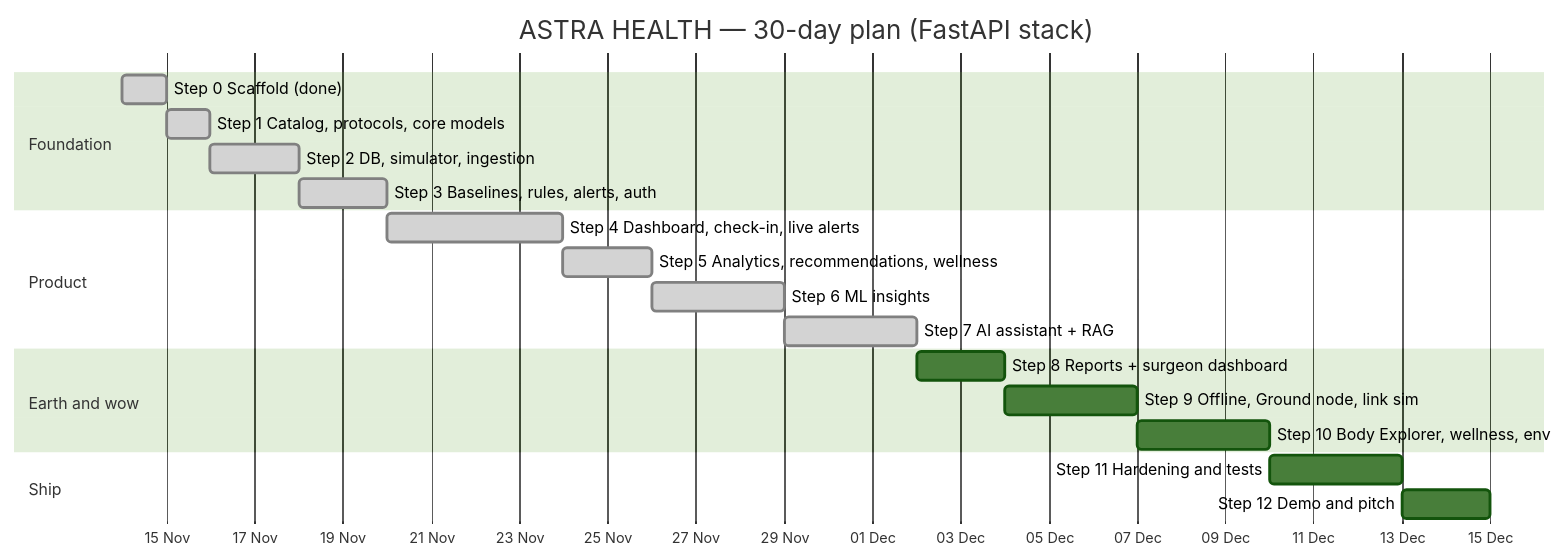
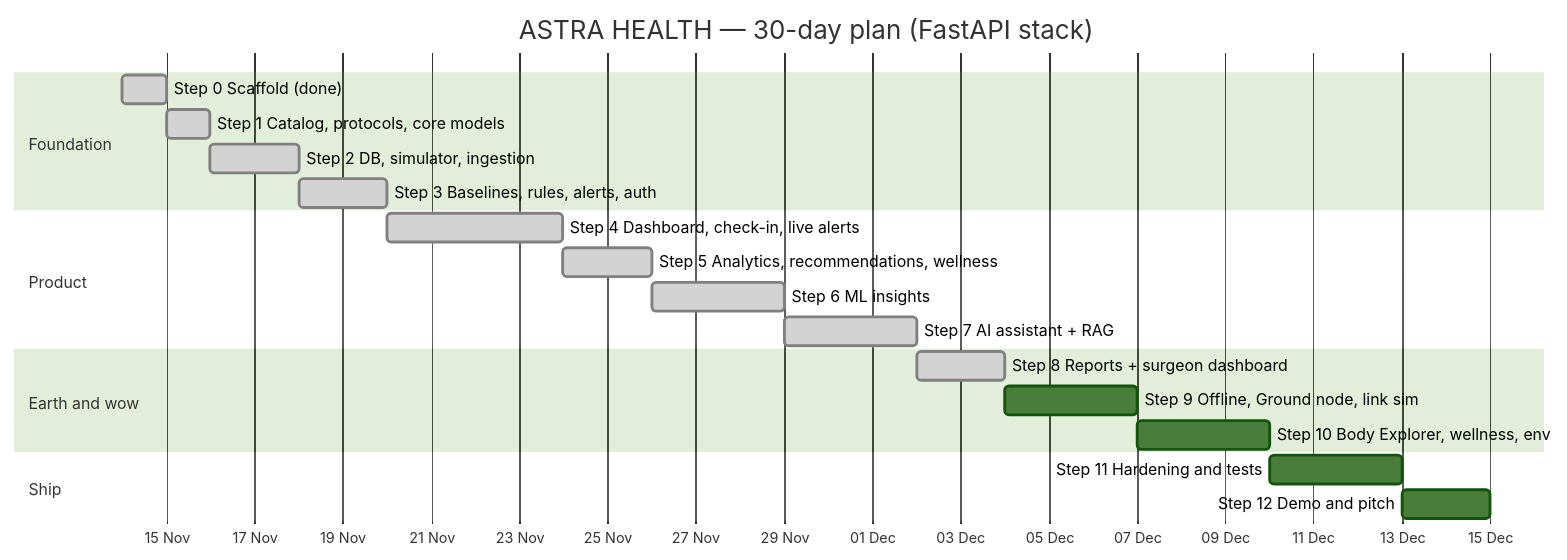
The diagram in docs/04-Implementation-Plan.md (Tarun9076/Astra-Health), drawn with Mermaid (forest theme) before and after one commit. The commit also changed other lines of this file and 6 other files, not shown here.

Commit message:
docs: document Step 8 reports and surgeon dashboard and regenerate PDFs

````diff
--- a/docs/04-Implementation-Plan.md
+++ b/docs/04-Implementation-Plan.md
@@ -34,23 +34,23 @@
 ```mermaid
 gantt
     title ASTRA HEALTH — 30-day plan (FastAPI stack)
     dateFormat  YYYY-MM-DD
     axisFormat  %d %b
     section Foundation
     Step 0 Scaffold (done)               :done, s0, 2026-11-14, 1d
     Step 1 Catalog, protocols, core models :done, s1, after s0, 1d
     Step 2 DB, simulator, ingestion      :done, s2, after s1, 2d
     Step 3 Baselines, rules, alerts, auth :done, s3, after s2, 2d
     section Product
     Step 4 Dashboard, check-in, live alerts :done, s4, after s3, 4d
     Step 5 Analytics, recommendations, wellness :done, s5, after s4, 2d
     Step 6 ML insights                   :done, s6, after s5, 3d
     Step 7 AI assistant + RAG            :done, s7, after s6, 3d
     section Earth and wow
-    Step 8 Reports + surgeon dashboard   :s8, after s7, 2d
+    Step 8 Reports + surgeon dashboard   :done, s8, after s7, 2d
     Step 9 Offline, Ground node, link sim :s9, after s8, 3d
     Step 10 Body Explorer, wellness, env :s10, after s9, 3d
     section Ship
     Step 11 Hardening and tests          :s11, after s10, 3d
     Step 12 Demo and pitch               :s12, after s11, 2d
 ```
````
